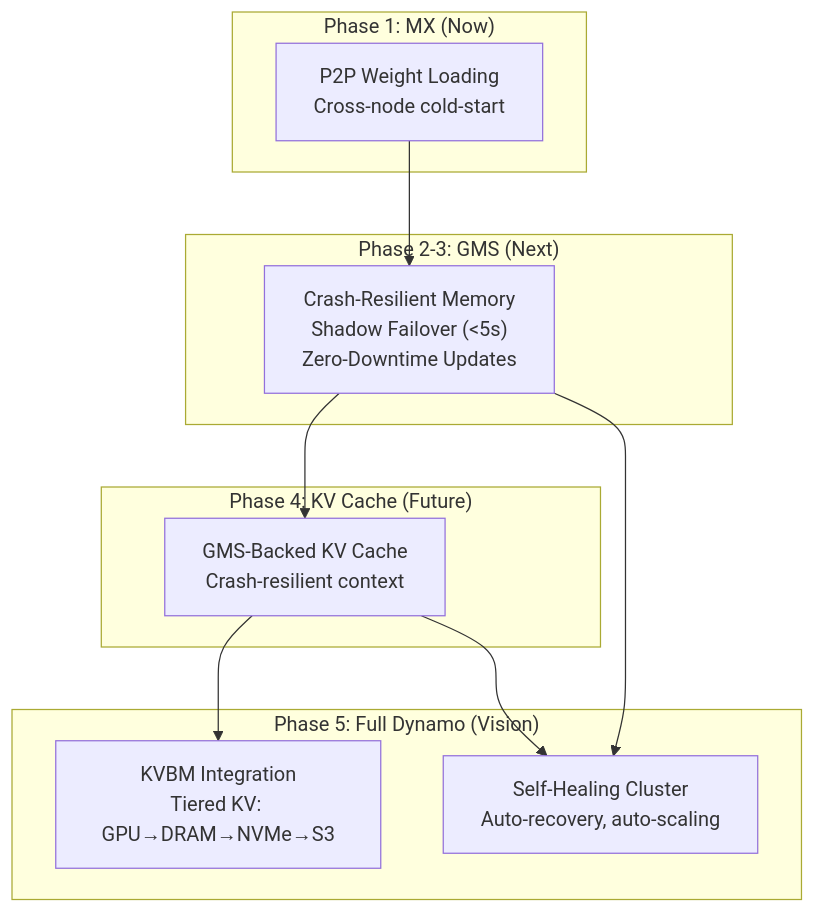
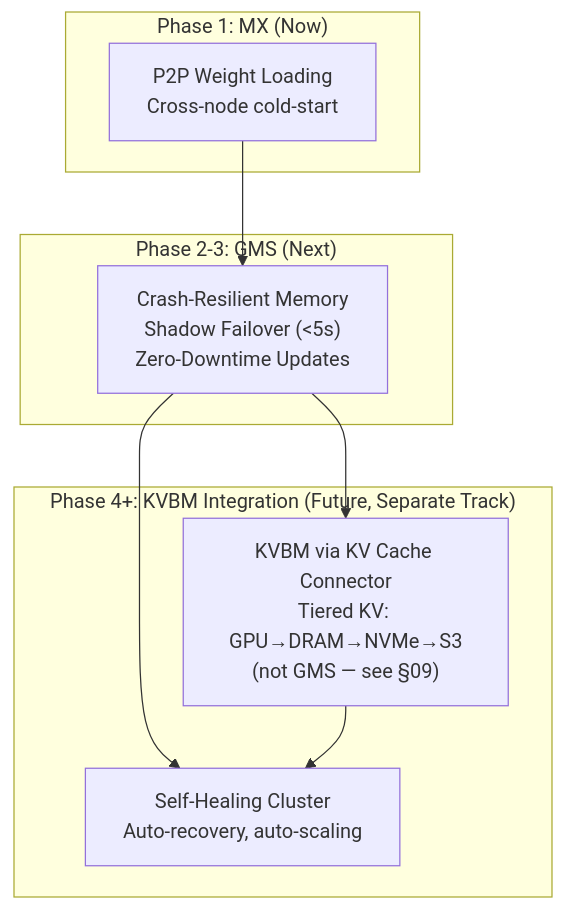
Before and after one commit to chienchunhung/TensorRT-LLM: the second of 2 diagrams in docs/design/mx-gms-integration/13-strategic-alignment.md, drawn with Mermaid. The commit also changed other lines of this file and 6 other files, not shown here.

First line of the commit message:
[None][docs] Scope GMS to weight-like artifacts; defer KV cache to KVBM

````diff
--- a/docs/design/mx-gms-integration/13-strategic-alignment.md
+++ b/docs/design/mx-gms-integration/13-strategic-alignment.md
@@ -105,25 +105,20 @@
 ```mermaid
 graph TD
     subgraph "Phase 1: MX (Now)"
         MX["P2P Weight Loading<br/>Cross-node cold-start"]
     end
 
     subgraph "Phase 2-3: GMS (Next)"
         GMS["Crash-Resilient Memory<br/>Shadow Failover (<5s)<br/>Zero-Downtime Updates"]
     end
 
-    subgraph "Phase 4: KV Cache (Future)"
-        KV["GMS-Backed KV Cache<br/>Crash-resilient context"]
-    end
-
-    subgraph "Phase 5: Full Dynamo (Vision)"
-        KVBM["KVBM Integration<br/>Tiered KV: GPU→DRAM→NVMe→S3"]
+    subgraph "Phase 4+: KVBM Integration (Future, Separate Track)"
+        KVBM["KVBM via KV Cache Connector<br/>Tiered KV: GPU→DRAM→NVMe→S3<br/>(not GMS — see §09)"]
         Auto["Self-Healing Cluster<br/>Auto-recovery, auto-scaling"]
     end
 
     MX --> GMS
-    GMS --> KV
-    KV --> KVBM
-    KV --> Auto
+    GMS --> KVBM
     GMS --> Auto
+    KVBM --> Auto
 ```
````
